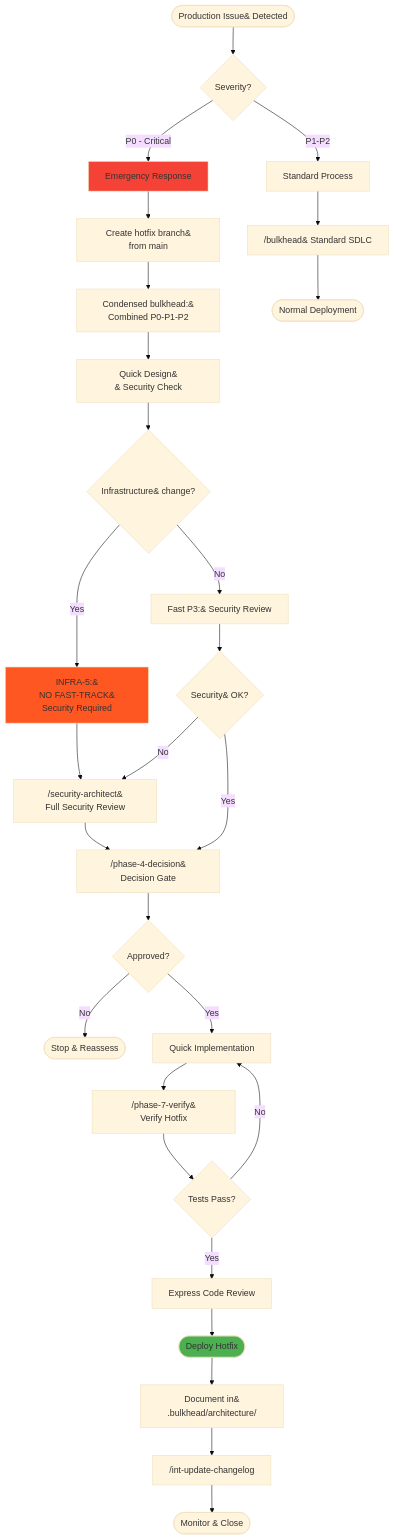
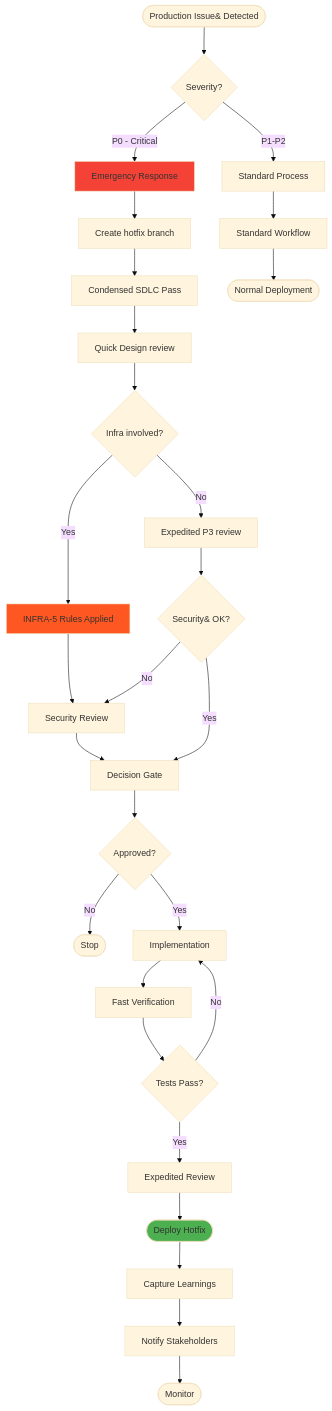
The sixth of 8 diagrams in docs/workflow-scenarios.md (agarwalvipin/bulkhead), drawn with Mermaid (base theme) before and after one commit. The commit also changed other lines of this file and 19 other files, not shown here.

````diff
--- a/docs/workflow-scenarios.md
+++ b/docs/workflow-scenarios.md
@@ -305,45 +305,45 @@
 ```mermaid
 graph TD
     Start(["Production Issue&#10;Detected"]) --> Severity{Severity?}
     
     Severity -->|P0 - Critical| Emergency[Emergency Response]
     Severity -->|P1-P2| Standard[Standard Process]
     
-    Emergency --> HotfixBranch["Create hotfix branch&#10;from main"]
-    HotfixBranch --> FastTrack["Condensed bulkhead:&#10;Combined P0-P1-P2"]
+    Emergency --> HotfixBranch["Create hotfix branch"]
+    HotfixBranch --> FastTrack["Condensed SDLC Pass"]
     
-    FastTrack --> QuickDesign["Quick Design&#10;& Security Check"]
-    QuickDesign --> InfraCheck{"Infrastructure&#10;change?"}
+    FastTrack --> QuickDesign["Quick Design review"]
+    QuickDesign --> InfraCheck{"Infra involved?"}
     
-    InfraCheck -->|Yes| InfraRules["INFRA-5:&#10;NO FAST-TRACK&#10;Security Required"]
-    InfraCheck -->|No| P3Fast["Fast P3:&#10;Security Review"]
+    InfraCheck -->|Yes| InfraRules["INFRA-5 Rules Applied"]
+    InfraCheck -->|No| P3Fast["Expedited P3 review"]
     
-    InfraRules --> FullSec["/security-architect&#10;Full Security Review"]
-    FullSec --> P4Gate["/phase-4-decision&#10;Decision Gate"]
+    InfraRules --> FullSec["Security Review"]
+    FullSec --> P4Gate["Decision Gate"]
     
     P3Fast --> SecOK{"Security&#10;OK?"}
     SecOK -->|No| FullSec
     SecOK -->|Yes| P4Gate
     
     P4Gate --> Approve{Approved?}
-    Approve -->|No| Stop([Stop & Reassess])
-    Approve -->|Yes| QuickImpl[Quick Implementation]
+    Approve -->|No| Stop([Stop])
+    Approve -->|Yes| QuickImpl[Implementation]
     
-    QuickImpl --> TestHotfix["/phase-7-verify&#10;Verify Hotfix"]
+    QuickImpl --> TestHotfix["Fast Verification"]
     TestHotfix --> TestOK{Tests Pass?}
     TestOK -->|No| QuickImpl
-    TestOK -->|Yes| ExpressReview[Express Code Review]
+    TestOK -->|Yes| ExpressReview[Expedited Review]
     
     ExpressReview --> Deploy([Deploy Hotfix])
     
-    Standard --> BulkheadStd["/bulkhead&#10;Standard SDLC"]
+    Standard --> BulkheadStd["Standard Workflow"]
     BulkheadStd --> NormalDeploy([Normal Deployment])
     
-    Deploy --> Postmortem["Document in&#10;.bulkhead/architecture/"]
-    Postmortem --> ChangelogHotfix["/int-update-changelog"]
-    ChangelogHotfix --> Monitor([Monitor & Close])
+    Deploy --> Postmortem["Capture Learnings"]
+    Postmortem --> ChangelogHotfix["Notify Stakeholders"]
+    ChangelogHotfix --> Monitor([Monitor])
     
     style Emergency fill:#F44336
     style InfraRules fill:#FF5722
     style Deploy fill:#4CAF50
 ```
````
